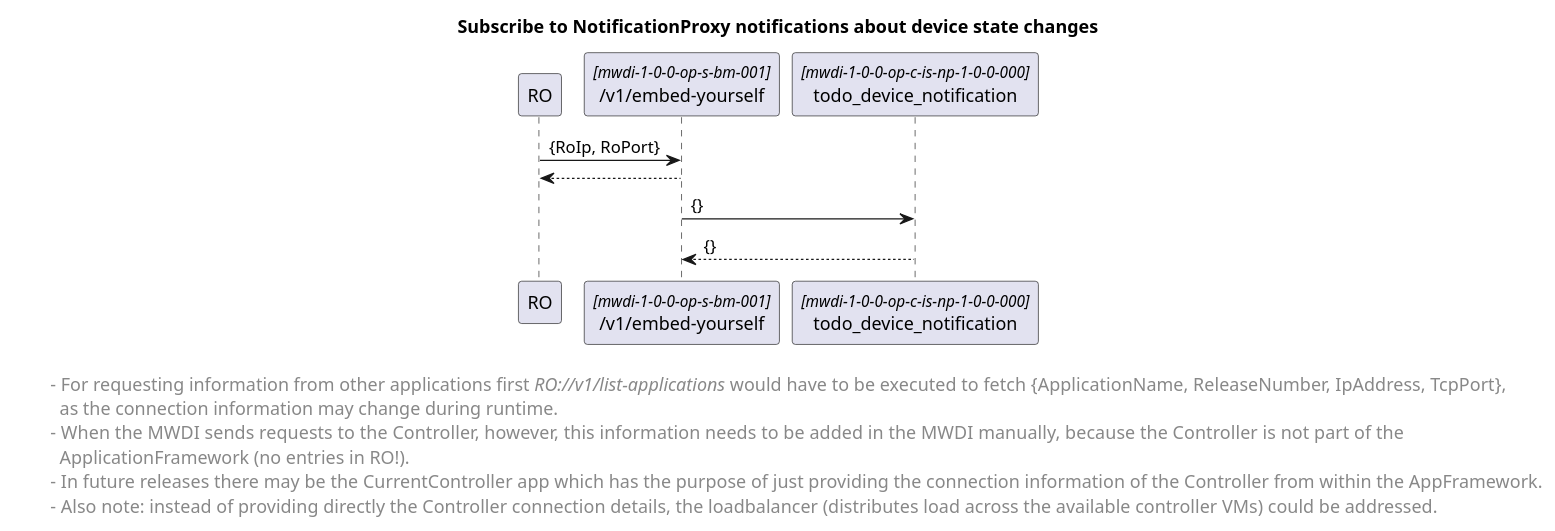
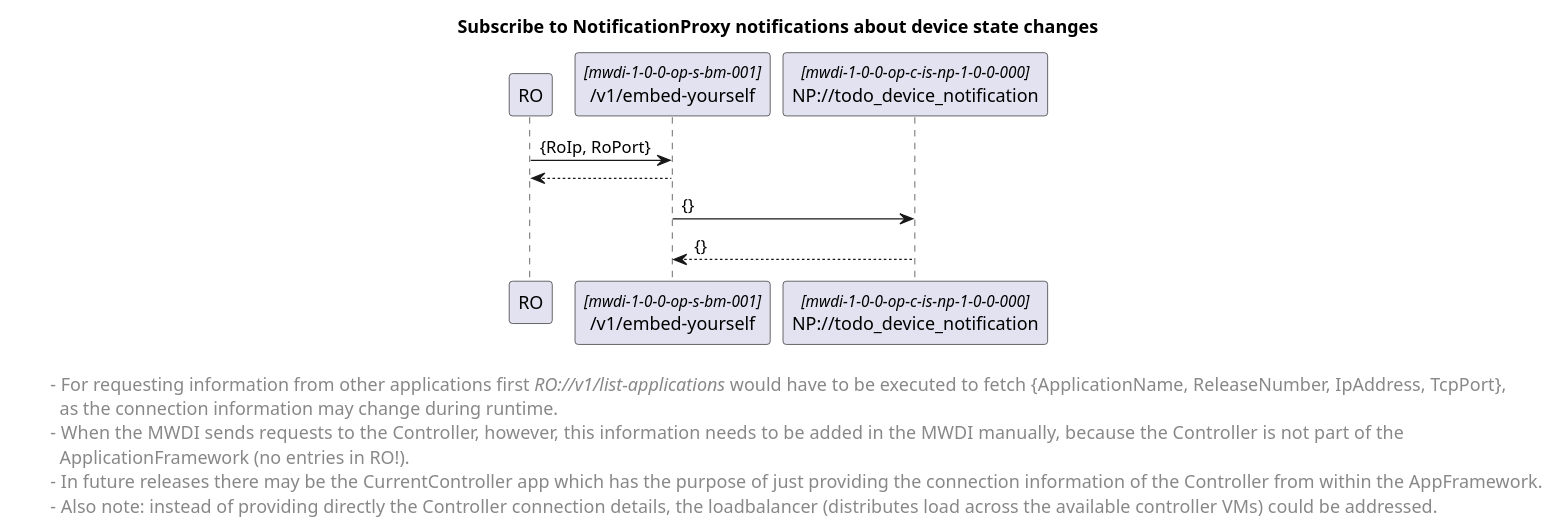
The diagram in spec/_NEU_MIT_NOTIFICATION_PROXY_draft/diagrams/00x_forwardingSubscribeControllerNotification.plantuml (openBackhaul/MicroWaveDeviceInventory), drawn with PlantUML before and after one commit. The commit also changed 3 other files, not shown here.

```diff
--- a/spec/_NEU_MIT_NOTIFICATION_PROXY_draft/diagrams/00x_forwardingSubscribeControllerNotification.plantuml
+++ b/spec/_NEU_MIT_NOTIFICATION_PROXY_draft/diagrams/00x_forwardingSubscribeControllerNotification.plantuml
@@ -1,41 +1,41 @@
 @startuml
 skinparam responseMessageBelowArrow true
 skinparam guillemet [ ]
 skinparam participant {
   StereotypeFontSize 12  
 }
 
 title Subscribe to NotificationProxy notifications about device state changes
 
 'participants
 participant "RO" as ro
 participant "/v1/embed-yourself" as mwdi <<mwdi-1-0-0-op-s-bm-001>>
-participant "todo_device_notification" as odlsubscribe1 <<mwdi-1-0-0-op-c-is-np-1-0-0-000>>
+participant "NP://todo_device_notification" as npsubscribedev <<mwdi-1-0-0-op-c-is-np-1-0-0-000>>
 
 ro -> mwdi: {RoIp, RoPort}
 mwdi --> ro
 
-mwdi -> odlsubscribe1: {}
-odlsubscribe1 --> mwdi: {}
+mwdi -> npsubscribedev: {}
+npsubscribedev --> mwdi: {}
 
 
 left footer 
 
 \t- For requesting information from other applications first <i>RO://v1/list-applications</i> would have to be executed to fetch {ApplicationName, ReleaseNumber, IpAddress, TcpPort}, 
 \t  as the connection information may change during runtime.
 \t-  When the MWDI sends requests to the Controller, however, this information needs to be added in the MWDI manually, because the Controller is not part of the 
 \t  ApplicationFramework (no entries in RO!). 
 \t-  In future releases there may be the CurrentController app which has the purpose of just providing the connection information of the Controller from within the AppFramework.
 \t-  Also note: instead of providing directly the Controller connection details, the loadbalancer (distributes load across the available controller VMs) could be addressed.
 end footer
 
 
 <style>
 footer {
   HorizontalAlignment left
   FontSize 14
 }
 </style>
 
 
 @enduml
```
